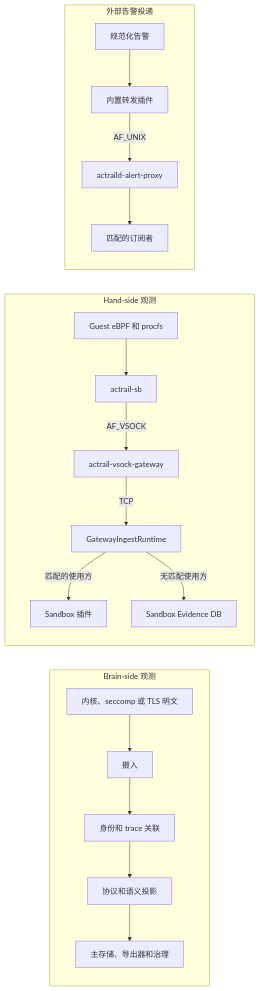
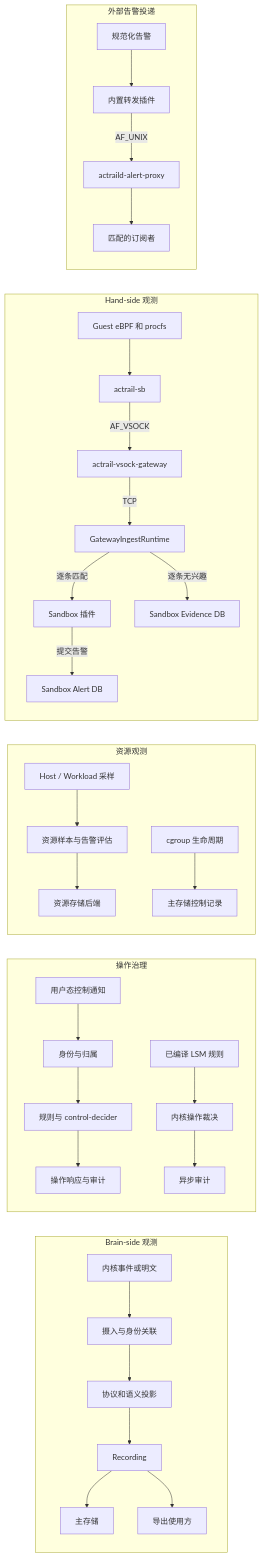
Before and after one commit to openeuler-mirror/AcTrail: the diagram in docs/architecture/system/key-data-flows.md, drawn with Mermaid. The commit also changed other lines of this file and 264 other files, not shown here.

````diff
--- a/docs/architecture/system/key-data-flows.md
+++ b/docs/architecture/system/key-data-flows.md
@@ -7,23 +5,35 @@
 ```mermaid
 flowchart LR
   subgraph Brain[Brain-side 观测]
-    B1[内核、seccomp 或 TLS 明文] --> B2[摄入]
-    B2 --> B3[身份和 trace 关联]
-    B3 --> B4[协议和语义投影]
-    B4 --> B5[主存储、导出器和治理]
+    B1[内核事件或明文] --> B2[摄入与身份关联]
+    B2 --> B3[协议和语义投影]
+    B3 --> B4[Recording]
+    B4 --> B5[主存储]
+    B4 --> B6[导出使用方]
   end
-
+  subgraph Control[操作治理]
+    C1[用户态控制通知] --> C2[身份与归属]
+    C2 --> C3[规则与 control-decider]
+    C3 --> C4[操作响应与审计]
+    K1[已编译 LSM 规则] --> K2[内核操作裁决]
+    K2 --> K3[异步审计]
+  end
+  subgraph Resource[资源观测]
+    R1[Host / Workload 采样] --> R2[资源样本与告警评估]
+    R2 --> R3[资源存储后端]
+    R4[cgroup 生命周期] --> R5[主存储控制记录]
+  end
   subgraph Hand[Hand-side 观测]
     H1[Guest eBPF 和 procfs] --> H2[actrail-sb]
     H2 -->|AF_VSOCK| H3[actrail-vsock-gateway]
     H3 -->|TCP| H4[GatewayIngestRuntime]
-    H4 -->|匹配的使用方| H5[Sandbox 插件]
-    H4 -->|无匹配使用方| H6[Sandbox Evidence DB]
+    H4 -->|逐条匹配| H5[Sandbox 插件]
+    H4 -->|逐条无兴趣| H6[Sandbox Evidence DB]
+    H5 -->|提交告警| H7[Sandbox Alert DB]
   end
-
   subgraph Alerts[外部告警投递]
     A1[规范化告警] --> A2[内置转发插件]
     A2 -->|AF_UNIX| A3[actraild-alert-proxy]
     A3 --> A4[匹配的订阅者]
   end
 ```
````
